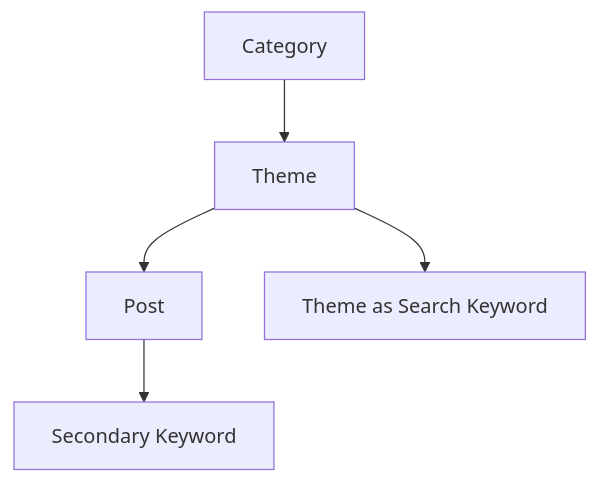
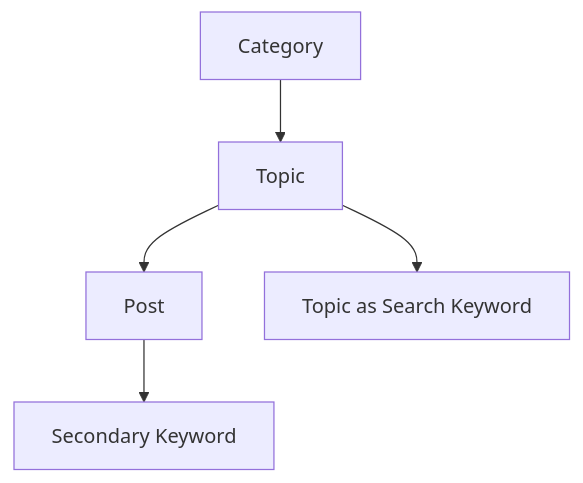
Before and after one commit to SteveEastin123/bart-blog-demo: the first of 3 diagrams in docs/wordpress_json_integration_guide.md, drawn with Mermaid. The commit also changed other lines of this file and 11 other files, not shown here.

````diff
--- a/docs/wordpress_json_integration_guide.md
+++ b/docs/wordpress_json_integration_guide.md
@@ -58,7 +58,7 @@
 ```mermaid
 flowchart TD
-    C["Category"] --> T["Theme"]
+    C["Category"] --> T["Topic"]
     T --> P["Post"]
     P --> K["Secondary Keyword"]
-    T --> K2["Theme as Search Keyword"]
+    T --> K2["Topic as Search Keyword"]
 ```
````
